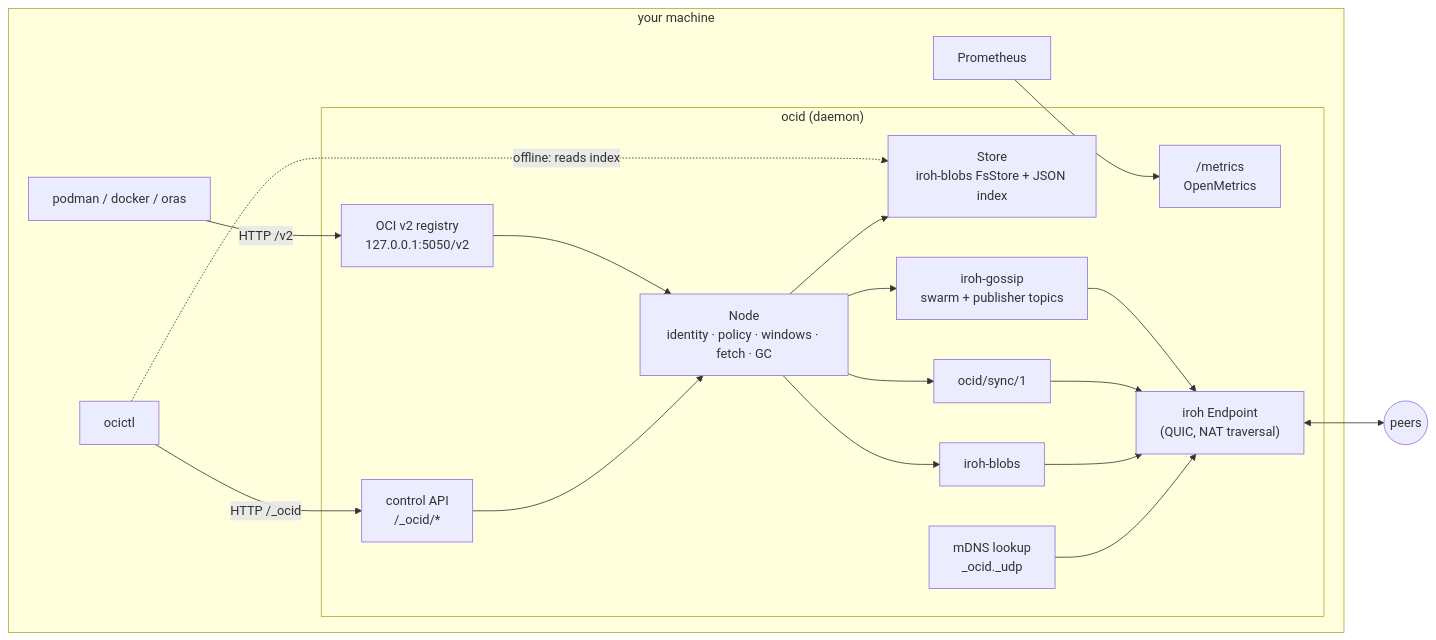
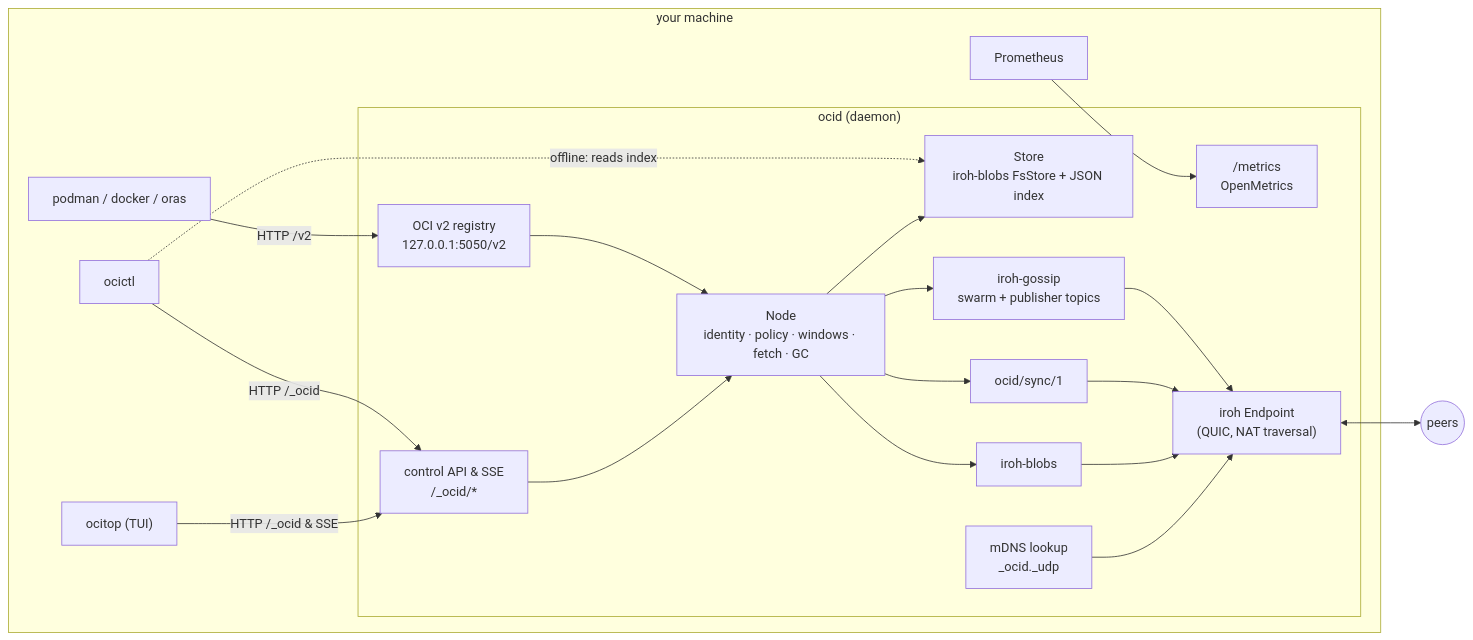
The first of 10 diagrams in docs/DESIGN.md (safonas/ocid), drawn with Mermaid before and after one commit. The commit also changed other lines of this file and 21 other files, not shown here.

Commit message:
feat: terminal UI dashboard (ocitop) and live SSE events

````diff
--- a/docs/DESIGN.md
+++ b/docs/DESIGN.md
@@ -21,37 +21,39 @@
 ```mermaid
 flowchart LR
     subgraph host["your machine"]
         podman["podman / docker / oras"]
         cli["ocictl"]
+        tui["ocitop (TUI)"]
         prom["Prometheus"]
         subgraph node["ocid (daemon)"]
             reg["OCI v2 registry<br/>127.0.0.1:5050/v2"]
-            ctl["control API<br/>/_ocid/*"]
+            ctl["control API & SSE<br/>/_ocid/*"]
             met["/metrics<br/>OpenMetrics"]
             core["Node<br/>identity · policy · windows · fetch · GC"]
             store["Store<br/>iroh-blobs FsStore + JSON index"]
             gossip["iroh-gossip<br/>swarm + publisher topics"]
             sync["ocid/sync/1"]
             blobs["iroh-blobs"]
             mdns["mDNS lookup<br/>_ocid._udp"]
             ep["iroh Endpoint<br/>(QUIC, NAT traversal)"]
         end
     end
     swarm(("peers"))
 
     podman -- "HTTP /v2" --> reg
     cli -- "HTTP /_ocid" --> ctl
+    tui -- "HTTP /_ocid & SSE" --> ctl
     cli -. "offline: reads index" .-> store
     prom --> met
     reg --> core
     ctl --> core
     core --> store
     core --> gossip
     core --> sync
     core --> blobs
     gossip --> ep
     sync --> ep
     blobs --> ep
     mdns --> ep
     ep <--> swarm
 ```
````
